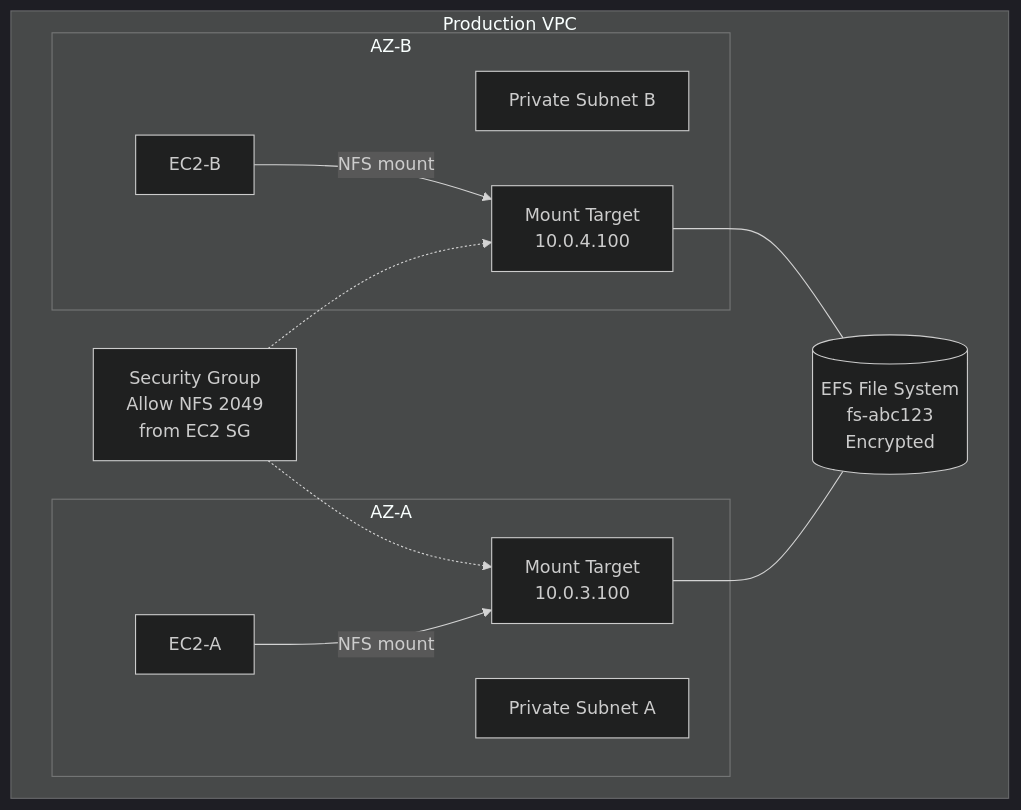
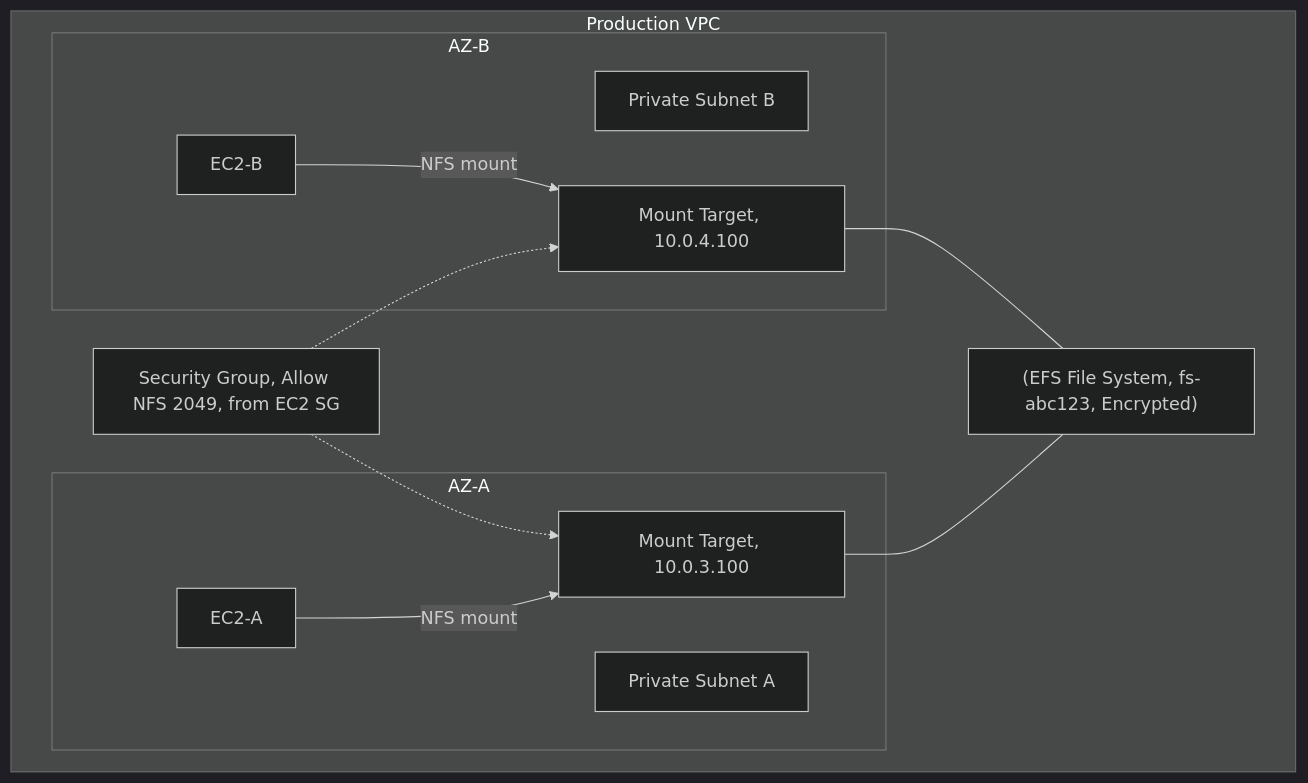
One commit to DeeptiShuklaProject/Uday_AWS changed the first of 4 diagrams in Chapter_40_Amazon_EFS.md. Above: the diagram before and after it, drawn with Mermaid (dark theme). The commit also changed other lines of this file and 34 other files, not shown here.

Commit message:
Fix mermaid diagrams syntax across all chapters (quote labels and remove HTML)

````diff
--- a/Chapter_40_Amazon_EFS.md
+++ b/Chapter_40_Amazon_EFS.md
@@ -187,26 +187,26 @@
 ```mermaid
 flowchart TD
     subgraph VPC["Production VPC"]
         subgraph AZA["AZ-A"]
             SubA[Private Subnet A]
-            MT_A[Mount Target<br>10.0.3.100]
+            MT_A["Mount Target, 10.0.3.100"]
             EC2A[EC2-A]
             EC2A -->|NFS mount| MT_A
         end
         
         subgraph AZB["AZ-B"]
             SubB[Private Subnet B]
-            MT_B[Mount Target<br>10.0.4.100]
+            MT_B["Mount Target, 10.0.4.100"]
             EC2B[EC2-B]
             EC2B -->|NFS mount| MT_B
         end
         
-        EFS[(EFS File System<br>fs-abc123<br>Encrypted)]
+        EFS["(EFS File System, fs-abc123, Encrypted)"]
         MT_A --- EFS
         MT_B --- EFS
         
-        SG[Security Group<br>Allow NFS 2049<br>from EC2 SG]
+        SG["Security Group, Allow NFS 2049, from EC2 SG"]
         SG -.-> MT_A
         SG -.-> MT_B
     end
 ```
````
